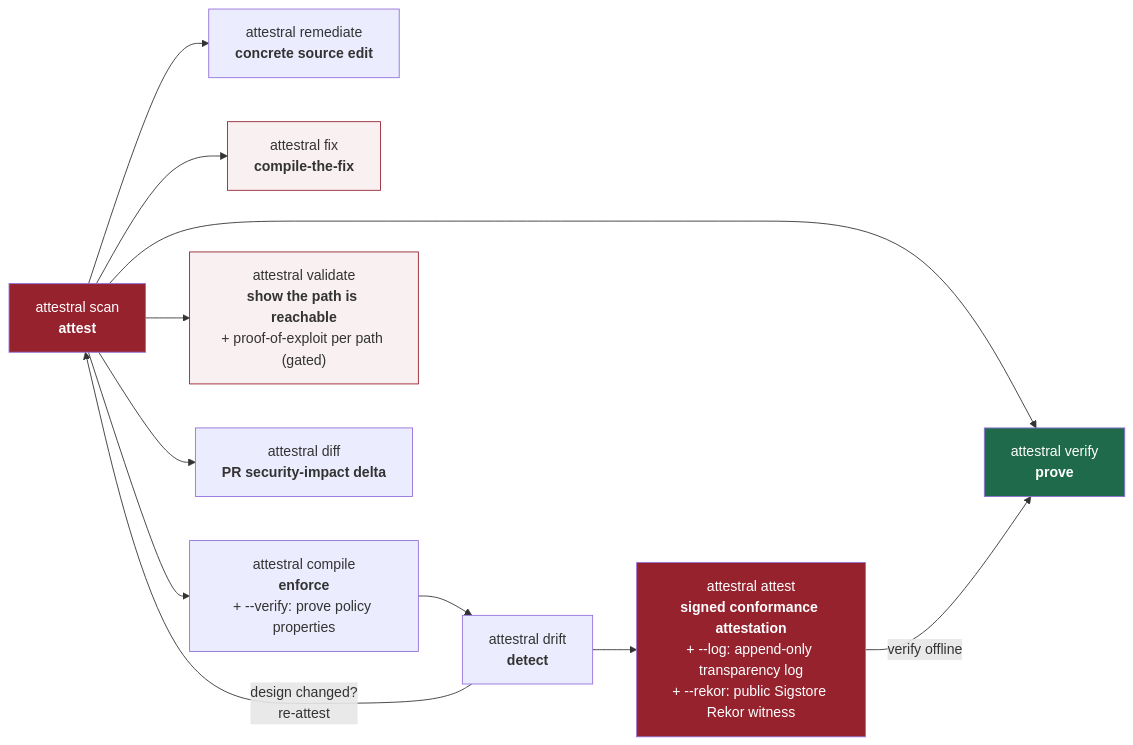
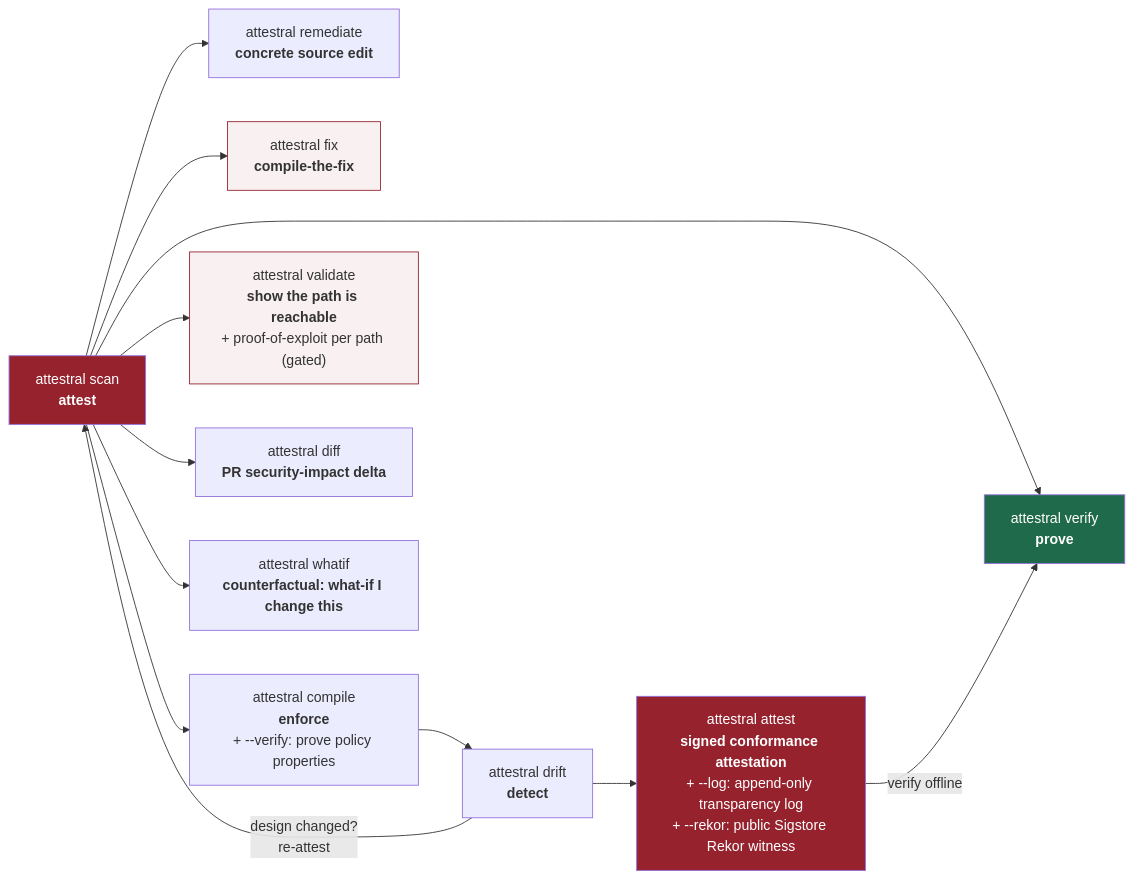
Before and after one commit to attestral-labs/attestral: the second of 4 diagrams in README.md, drawn with Mermaid. The commit also changed other lines of this file and 6 other files, not shown here.

````diff
--- a/README.md
+++ b/README.md
@@ -286,18 +286,19 @@
 ```mermaid
 flowchart LR
     A["attestral scan<br/><b>attest</b>"] --> B["attestral verify<br/><b>prove</b>"]
     A --> R["attestral remediate<br/><b>concrete source edit</b>"]
     A --> F["attestral fix<br/><b>compile-the-fix</b>"]
     A --> C["attestral compile<br/><b>enforce</b><br/>+ --verify: prove policy properties"]
     C --> D["attestral drift<br/><b>detect</b>"]
     D --> AT["attestral attest<br/><b>signed conformance attestation</b><br/>+ --log: append-only transparency log<br/>+ --rekor: public Sigstore Rekor witness"]
     AT -->|"verify offline"| B
     D -->|"design changed?<br/>re-attest"| A
     A --> V["attestral validate<br/><b>show the path is reachable</b><br/>+ proof-of-exploit per path (gated)"]
     A --> DF["attestral diff<br/><b>PR security-impact delta</b>"]
+    A --> WI["attestral whatif<br/><b>counterfactual: what-if I change this</b>"]
     style A fill:#96222E,color:#fff
     style B fill:#1F6A4A,color:#fff
     style F fill:#96222E11,stroke:#96222E
     style V fill:#96222E11,stroke:#96222E
     style AT fill:#96222E,color:#fff
 ```
````
